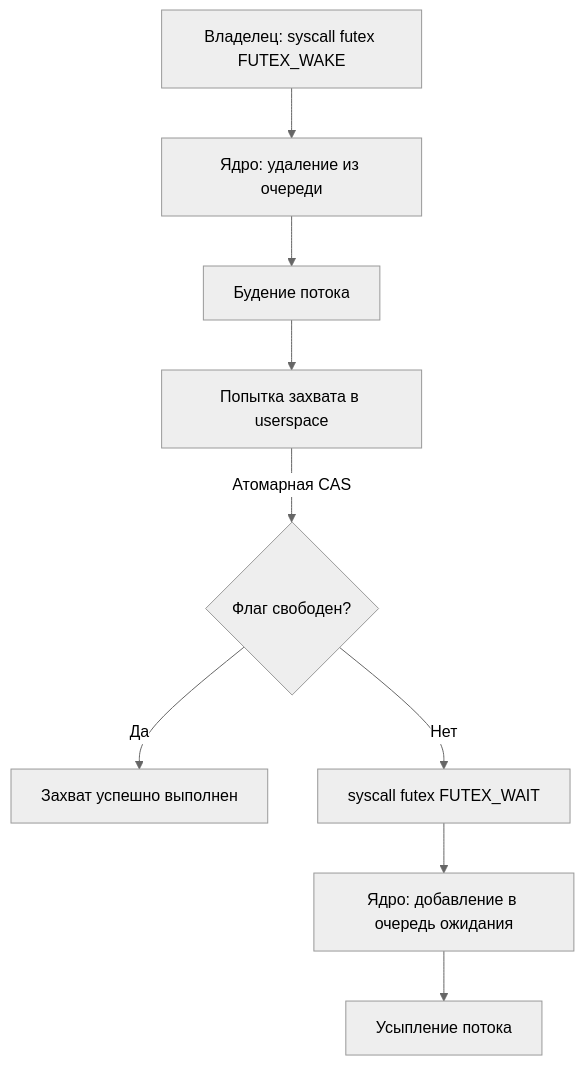
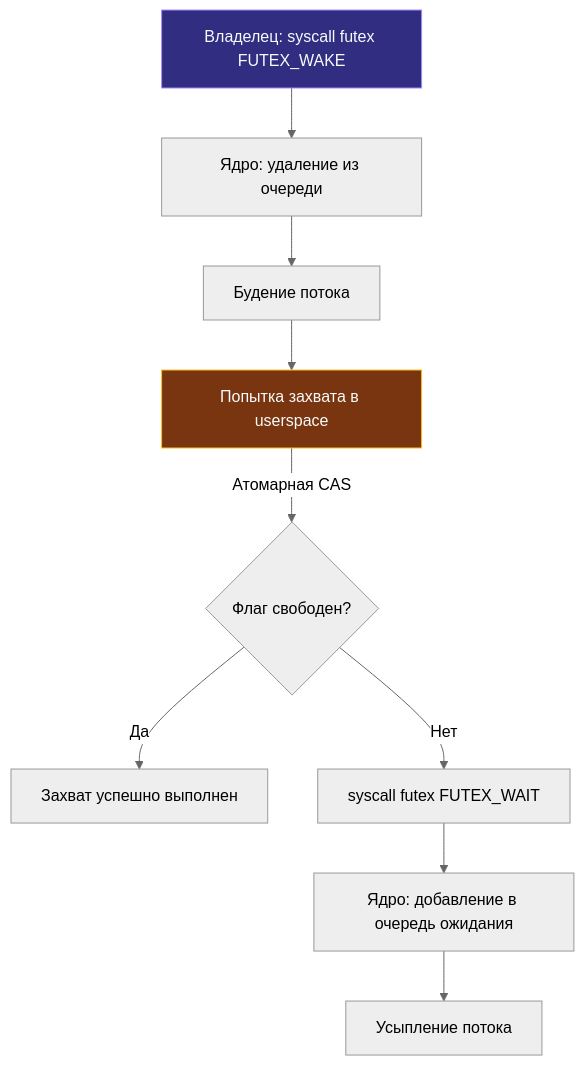
Before and after one commit to UnrealTemplier/go-textbook: the second of 4 diagrams in sources/2. Устройство и работа ОС/33. Mutex, Semaphore, Spinlock на уровне ОС.md, drawn with Mermaid (neutral theme). The commit also changed 1666 other files, not shown here.

First line of the commit message:
feat(mermaid): add semantic color classDef to 1369 colorless flowchart/graph diagrams

````diff
--- a/sources/2. Устройство и работа ОС/33. Mutex, Semaphore, Spinlock на уровне ОС.md
+++ b/sources/2. Устройство и работа ОС/33. Mutex, Semaphore, Spinlock на уровне ОС.md
@@ -78,11 +78,21 @@
 ```mermaid
 flowchart TD
-    A["Попытка захвата в userspace"] -->|Атомарная CAS| B{"Флаг свободен?"}
+    classDef process  fill:#1e293b,stroke:#38bdf8,stroke-width:1px,color:#f8fafc
+    classDef success  fill:#064e3b,stroke:#34d399,stroke-width:1px,color:#f8fafc
+    classDef error    fill:#7f1d1d,stroke:#f87171,stroke-width:1px,color:#f8fafc
+    classDef warning  fill:#78350f,stroke:#fbbf24,stroke-width:1px,color:#f8fafc
+    classDef entry    fill:#1e3a5f,stroke:#38bdf8,stroke-width:2px,color:#f8fafc
+    classDef aux      fill:#334155,stroke:#64748b,stroke-width:1px,color:#f8fafc
+    classDef system   fill:#312e81,stroke:#a78bfa,stroke-width:1px,color:#f8fafc
+    classDef data     fill:#132d29,stroke:#2dd4bf,stroke-width:1px,color:#f8fafc
+    classDef network  fill:#881337,stroke:#fb7185,stroke-width:1px,color:#f8fafc
+    classDef accent   fill:#1e1b4b,stroke:#818cf8,stroke-width:1px,color:#f8fafc
+    A["Попытка захвата в userspace"]:::warning -->|Атомарная CAS| B{"Флаг свободен?"}
     B -->|Да| C["Захват успешно выполнен"]
     B -->|Нет| D["syscall futex FUTEX_WAIT"]
     D --> E["Ядро: добавление в очередь ожидания"]
     E --> F["Усыпление потока"]
-    G["Владелец: syscall futex FUTEX_WAKE"] --> H["Ядро: удаление из очереди"]
+    G["Владелец: syscall futex FUTEX_WAKE"]:::system --> H["Ядро: удаление из очереди"]
     H --> I["Будение потока"]
     I --> A
 ```
````
